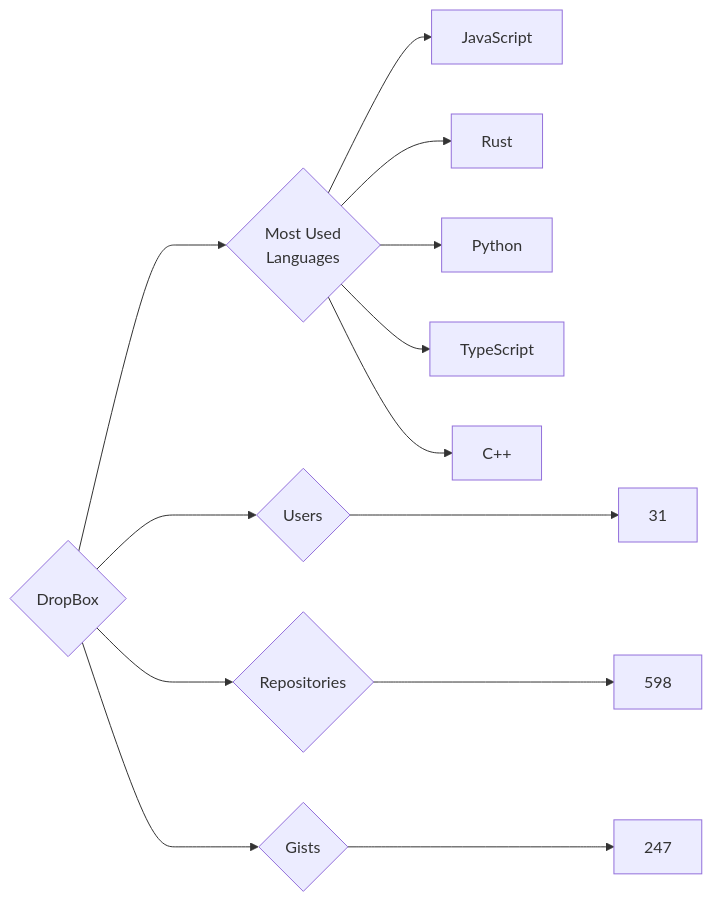
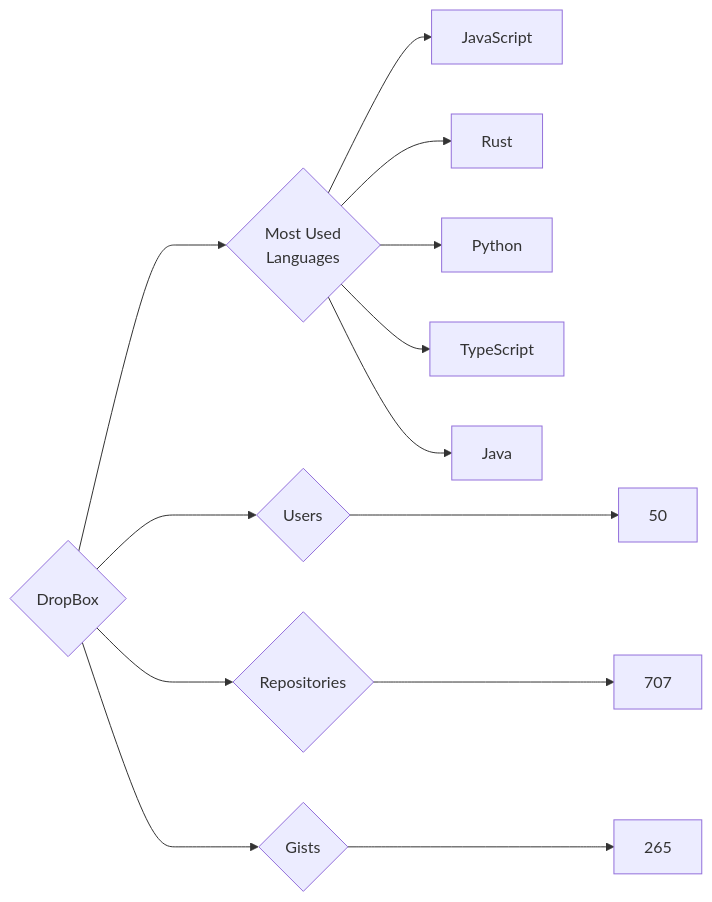
One commit to trickest/insiders changed the diagram in targets/DropBox/README.md. Above: the diagram before and after it, drawn with Mermaid. The commit also changed 891 other files, not shown here.

````diff
--- a/targets/DropBox/README.md
+++ b/targets/DropBox/README.md
@@ -3,13 +3,13 @@
 ```mermaid
 graph LR
 COMPANY_NAME{DropBox}
-COMPANY_NAME ---> U{Users} ---> UN[31]
-COMPANY_NAME ---> R{Repositories} ---> RN[598]
-COMPANY_NAME ---> G{Gists} ---> GN[247]
+COMPANY_NAME ---> U{Users} ---> UN[50]
+COMPANY_NAME ---> R{Repositories} ---> RN[707]
+COMPANY_NAME ---> G{Gists} ---> GN[265]
 COMPANY_NAME ---> ML{Most Used<br>Languages}
 ML --> JavaScript[JavaScript]
 ML --> Rust[Rust]
 ML --> Python[Python]
 ML --> TypeScript[TypeScript]
-ML --> C++[C++]
+ML --> Java[Java]
 ```
````
